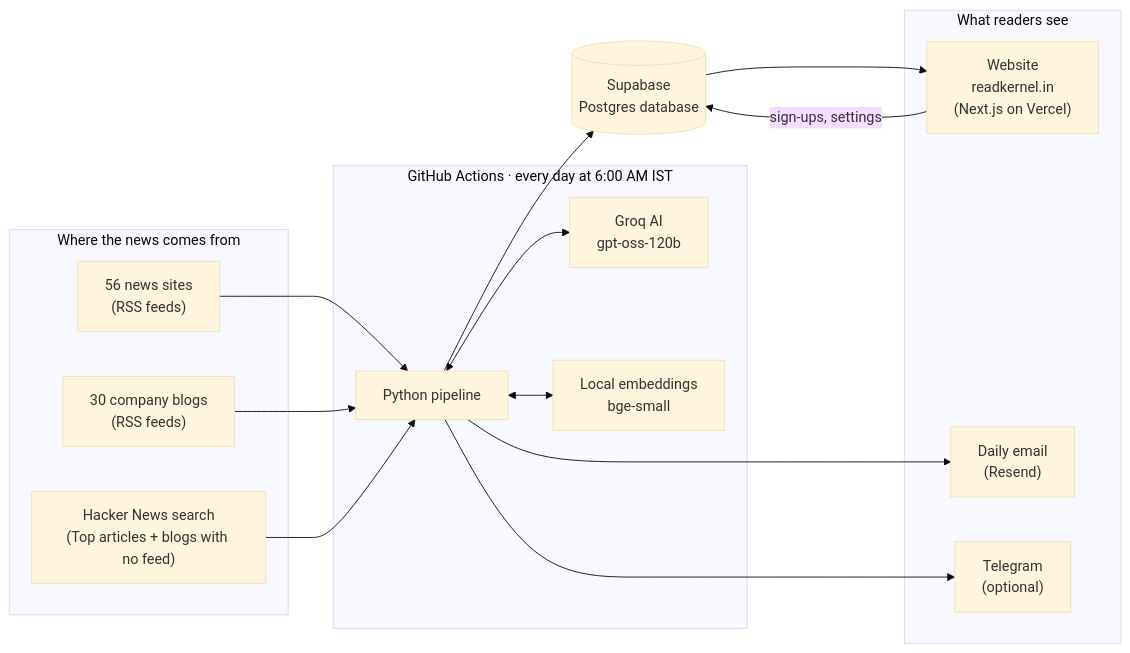
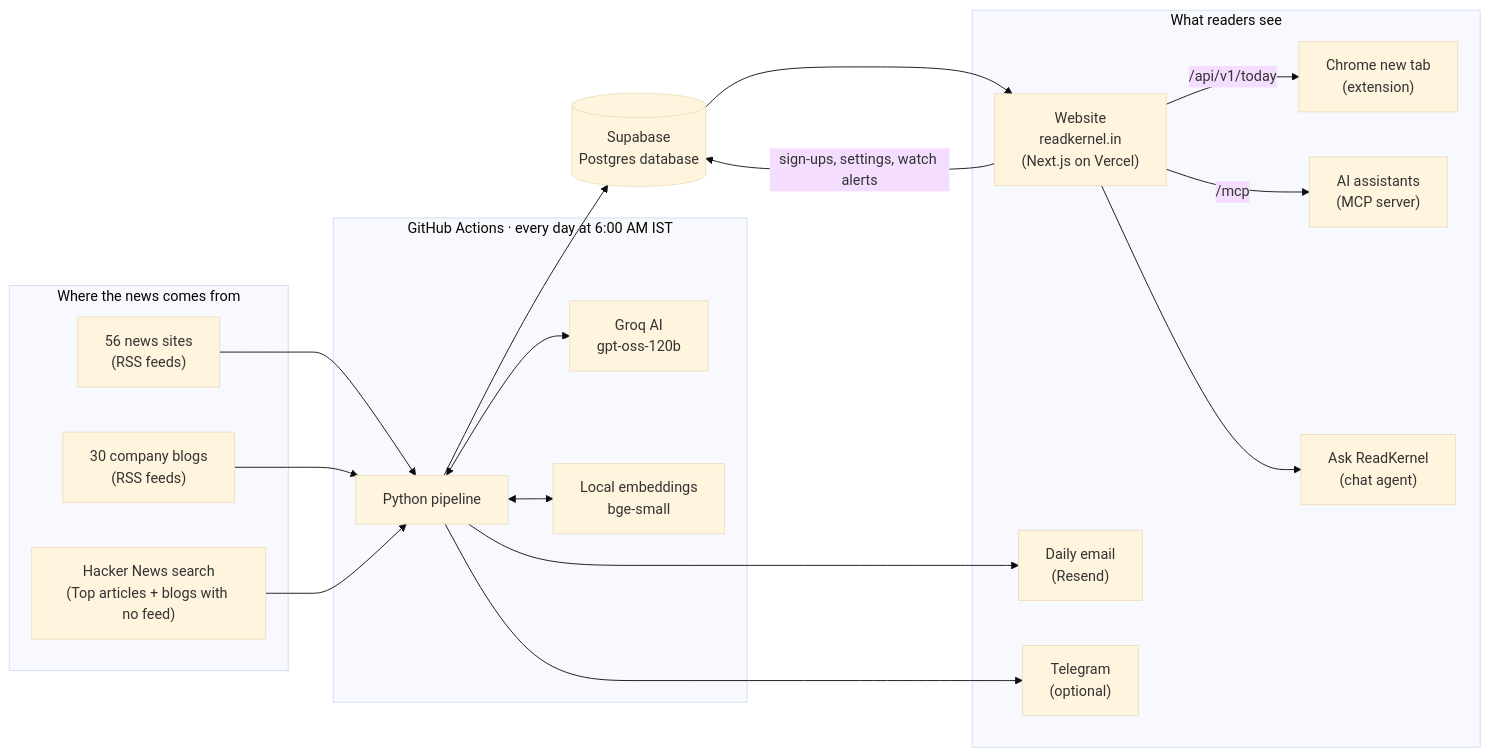
Before and after one commit to YashRajSingh1001/readkernel: the first of 2 diagrams in docs/OVERVIEW.md, drawn with Mermaid (base theme). The commit also changed other lines of this file and 36 other files, not shown here.

Commit message:
Agents: hosted MCP server, Chrome extension, fact-check, Ask ReadKernel, watch alerts

````diff
--- a/docs/OVERVIEW.md
+++ b/docs/OVERVIEW.md
@@ -23,33 +23,39 @@
 ```mermaid
 flowchart LR
     subgraph IN["Where the news comes from"]
         N["56 news sites<br/>(RSS feeds)"]
         C["30 company blogs<br/>(RSS feeds)"]
         H["Hacker News search<br/>(Top articles + blogs with no feed)"]
     end
 
     subgraph ROBOT["GitHub Actions · every day at 6:00 AM IST"]
         P["Python pipeline"]
         AI["Groq AI<br/>gpt-oss-120b"]
         E["Local embeddings<br/>bge-small"]
         P <--> AI
         P <--> E
     end
 
     DB[("Supabase<br/>Postgres database")]
 
     subgraph OUT["What readers see"]
         W["Website<br/>readkernel.in<br/>(Next.js on Vercel)"]
         M["Daily email<br/>(Resend)"]
         T["Telegram<br/>(optional)"]
+        X["Chrome new tab<br/>(extension)"]
+        A["AI assistants<br/>(MCP server)"]
+        Q["Ask ReadKernel<br/>(chat agent)"]
     end
 
     N --> P
     C --> P
     H --> P
     P --> DB
     DB --> W
     P --> M
     P --> T
-    W -- "sign-ups, settings" --> DB
+    W -- "/api/v1/today" --> X
+    W -- "/mcp" --> A
+    W --> Q
+    W -- "sign-ups, settings, watch alerts" --> DB
 ```
````
